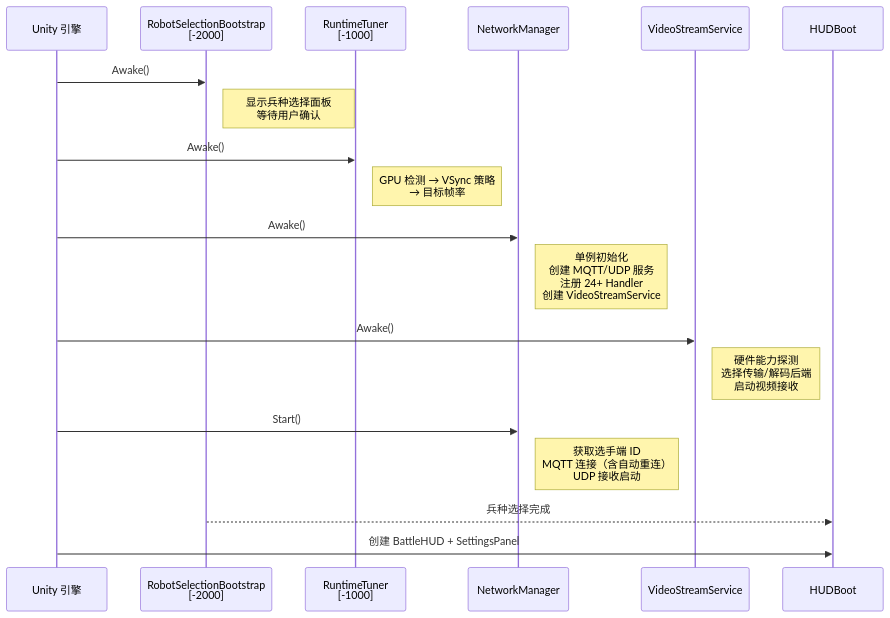
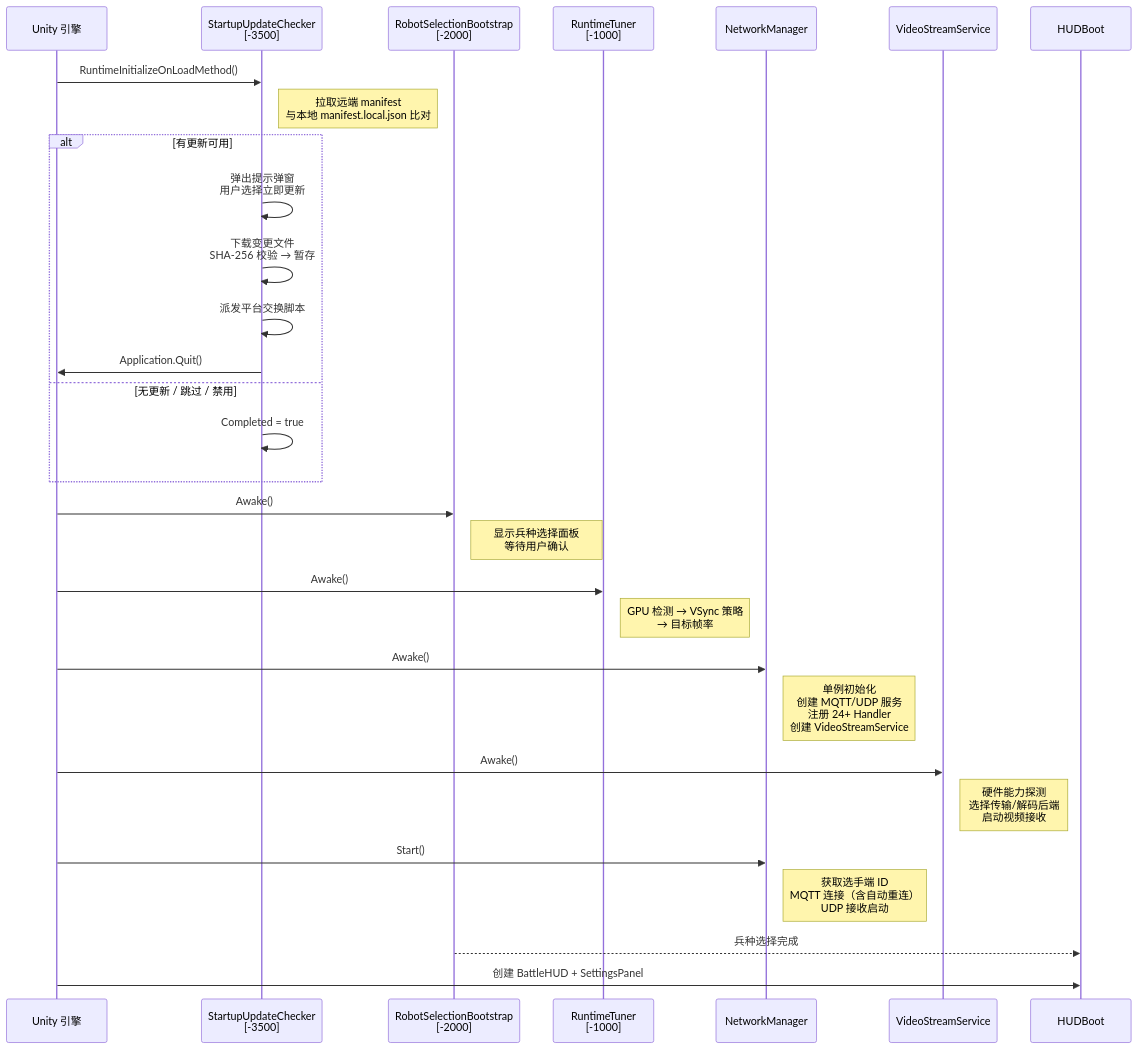
Before and after one commit to dfcyyyds/RoboMasterClientWMJ: the fourth of 5 diagrams in 文档/项目框架.md, drawn with Mermaid. The commit also changed other lines of this file and 13 other files, not shown here.

````diff
--- a/文档/项目框架.md
+++ b/文档/项目框架.md
@@ -165,27 +165,39 @@
 ```mermaid
 sequenceDiagram
     participant Unity as Unity 引擎
+    participant SUC as StartupUpdateChecker<br/>[-3500]
     participant RSB as RobotSelectionBootstrap<br/>[-2000]
     participant RT as RuntimeTuner<br/>[-1000]
     participant NM as NetworkManager
     participant VSS as VideoStreamService
     participant HUD as HUDBoot
+
+    Unity->>SUC: RuntimeInitializeOnLoadMethod()
+    Note right of SUC: 拉取远端 manifest<br/>与本地 manifest.local.json 比对
+    alt 有更新可用
+        SUC->>SUC: 弹出提示弹窗<br/>用户选择立即更新
+        SUC->>SUC: 下载变更文件<br/>SHA-256 校验 → 暂存
+        SUC->>SUC: 派发平台交换脚本
+        SUC->>Unity: Application.Quit()
+    else 无更新 / 跳过 / 禁用
+        SUC->>SUC: Completed = true
+    end
 
     Unity->>RSB: Awake()
     Note right of RSB: 显示兵种选择面板<br/>等待用户确认
 
     Unity->>RT: Awake()
     Note right of RT: GPU 检测 → VSync 策略<br/>→ 目标帧率
 
     Unity->>NM: Awake()
     Note right of NM: 单例初始化<br/>创建 MQTT/UDP 服务<br/>注册 24+ Handler<br/>创建 VideoStreamService
 
     Unity->>VSS: Awake()
     Note right of VSS: 硬件能力探测<br/>选择传输/解码后端<br/>启动视频接收
 
     Unity->>NM: Start()
     Note right of NM: 获取选手端 ID<br/>MQTT 连接（含自动重连）<br/>UDP 接收启动
 
     RSB-->>HUD: 兵种选择完成
     Unity->>HUD: 创建 BattleHUD + SettingsPanel
 ```
````
